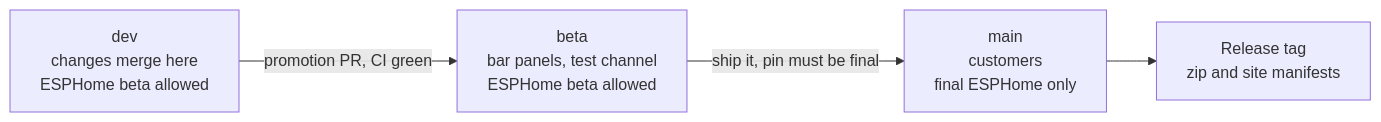
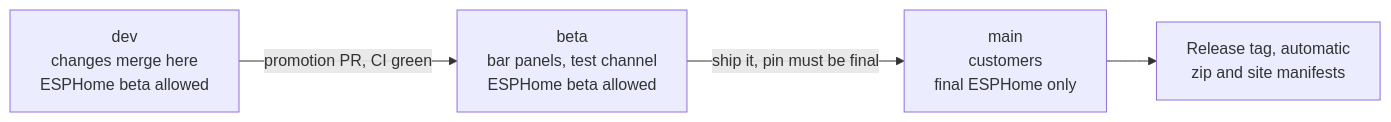
One commit to gameday-scoreboard/gameday-scoreboard changed the diagram in CONTRIBUTING.md. Above: the diagram before and after it, drawn with Mermaid. The commit also changed other lines of this file and 7 other files, not shown here.

First line of the commit message:
CI: lighter PRs into dev, nightly ESPHome beta, automatic release tag (#311)

````diff
--- a/CONTRIBUTING.md
+++ b/CONTRIBUTING.md
@@ -75,10 +75,10 @@
 ```mermaid
 flowchart LR
     dev["dev<br/>changes merge here<br/>ESPHome beta allowed"]
     beta["beta<br/>bar panels, test channel<br/>ESPHome beta allowed"]
     main["main<br/>customers<br/>final ESPHome only"]
-    tag["Release tag<br/>zip and site manifests"]
+    tag["Release tag, automatic<br/>zip and site manifests"]
     dev -- "promotion PR, CI green" --> beta
     beta -- "ship it, pin must be final" --> main
     main --> tag
 ```
````
